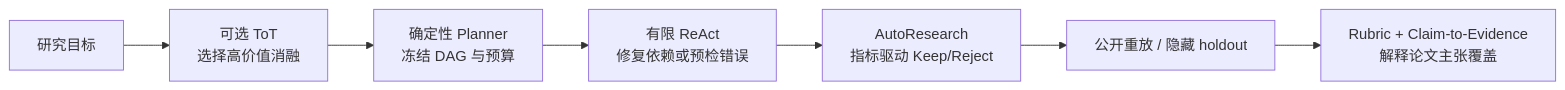
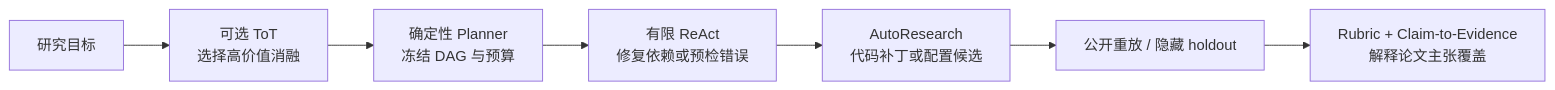
One commit to yu-xin-c/Sea-mult-agent changed the diagram in scholar-agent/docs/autoresearch/00_project_introduction.md. Above: the diagram before and after it, drawn with Mermaid. The commit also changed other lines of this file and 44 other files, not shown here.

````diff
--- a/scholar-agent/docs/autoresearch/00_project_introduction.md
+++ b/scholar-agent/docs/autoresearch/00_project_introduction.md
@@ -84,9 +86,9 @@
 ```mermaid
 flowchart LR
     Q["研究目标"] --> T["可选 ToT<br/>选择高价值消融"]
     T --> P["确定性 Planner<br/>冻结 DAG 与预算"]
     P --> R["有限 ReAct<br/>修复依赖或预检错误"]
-    R --> A["AutoResearch<br/>指标驱动 Keep/Reject"]
+    R --> A["AutoResearch<br/>代码补丁或配置候选"]
     A --> V["公开重放 / 隐藏 holdout"]
     V --> C["Rubric + Claim-to-Evidence<br/>解释论文主张覆盖"]
 ```
````
